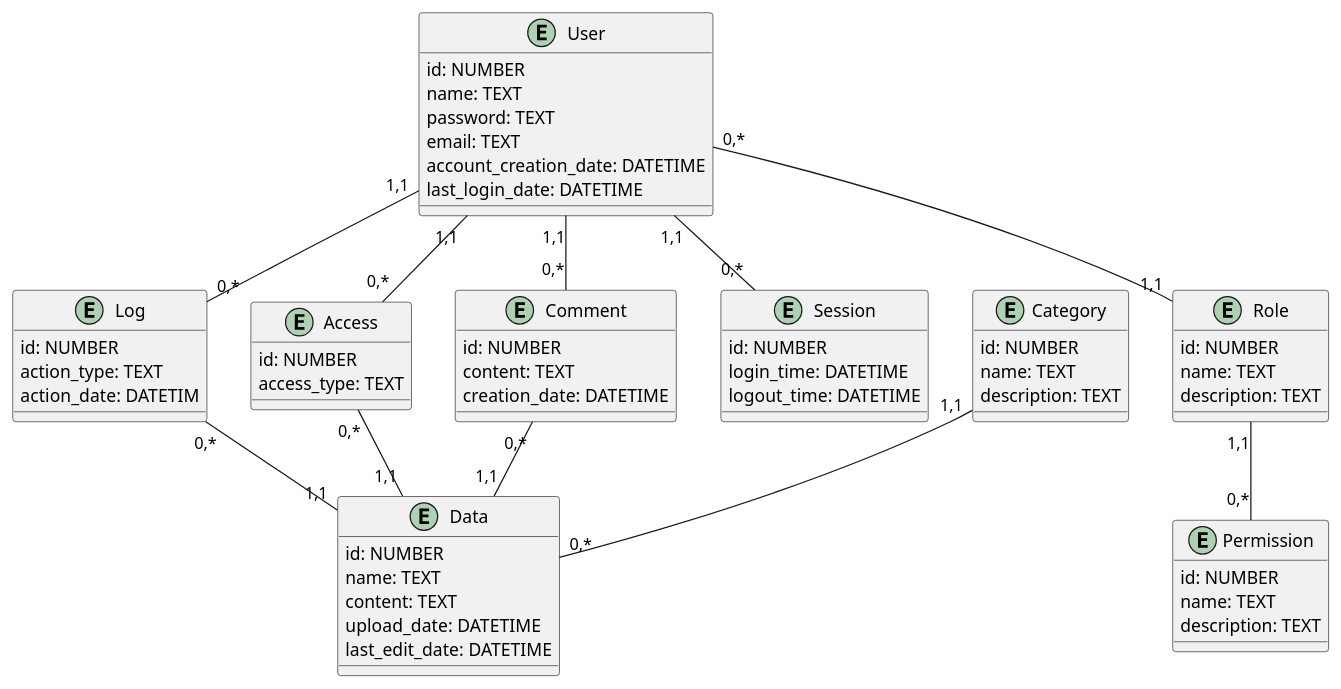
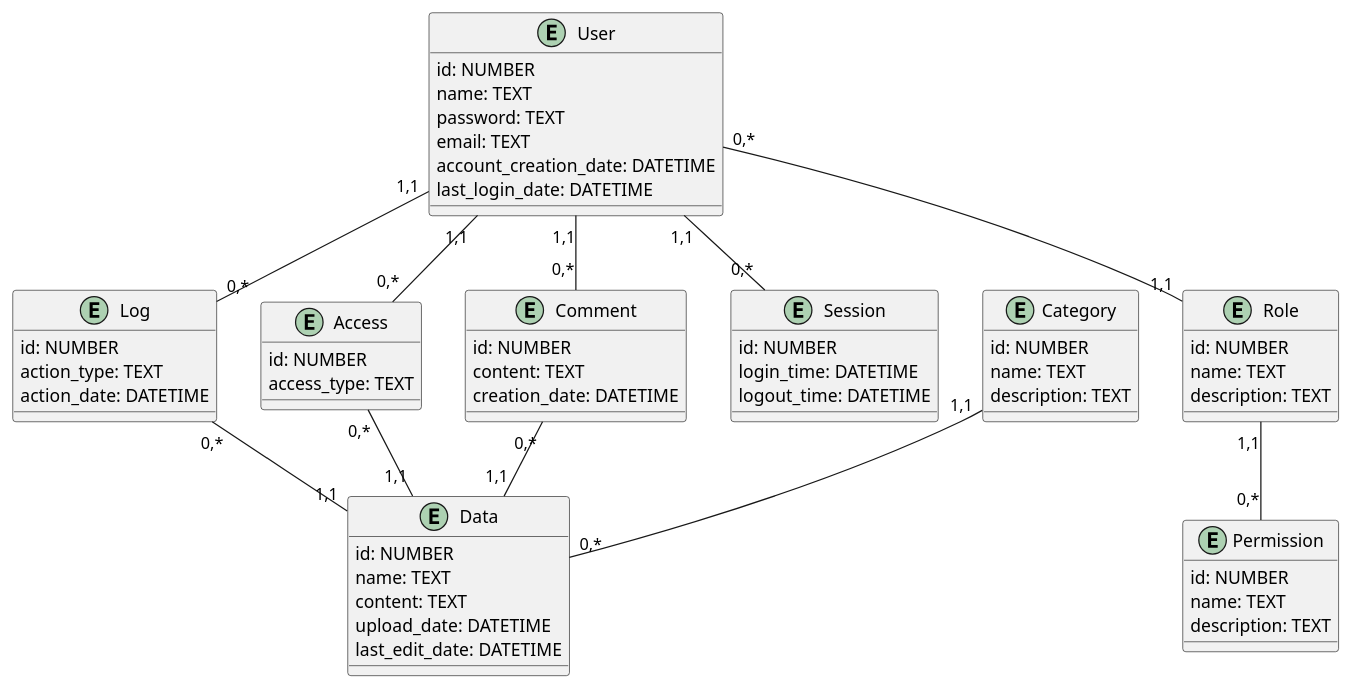
Before and after one commit to watashone/db-labs: the second of 2 diagrams in docs/design/README.md, drawn with PlantUML.

Commit message:
Fixed "DATETIME"

```diff
--- a/docs/design/README.md
+++ b/docs/design/README.md
@@ -125,75 +125,75 @@
 @startuml
 
 entity User  {
   id: NUMBER
   name: TEXT
   password: TEXT
   email: TEXT
   account_creation_date: DATETIME
   last_login_date: DATETIME
 }
 
 entity Session  {
   id: NUMBER
   login_time: DATETIME
   logout_time: DATETIME
 }
 
 entity Role {
     id: NUMBER
     name: TEXT
     description: TEXT
 }
 
 entity Permission {
     id: NUMBER
     name: TEXT
     description: TEXT
 }
 
 entity Comment {
     id: NUMBER
     content: TEXT
     creation_date: DATETIME
 }
 
 entity Data {
     id: NUMBER
     name: TEXT
     content: TEXT
     upload_date: DATETIME
     last_edit_date: DATETIME
 }
 
 entity Category {
     id: NUMBER
     name: TEXT
     description: TEXT
 }
 
 entity Access {
     id: NUMBER
     access_type: TEXT
 }
 
 entity Log {
     id: NUMBER
     action_type: TEXT
-    action_date: DATETIM
+    action_date: DATETIME
 }
   
 
 User "1,1" -- "0,*" Session
 User "0,*" -- "1,1" Role
 User "1,1" -- "0,*" Comment
 User "1,1" -- "0,*" Log
 User "1,1" -- "0,*" Access
 
 Role "1,1" -- "0,*" Permission
 
 Data "1,1" -u- "0,*" Comment
 Data "0,*" -u- "1,1" Category
 Data "1,1" -u- "0,*" Access
 Data "1,1" -u- "0,*" Log
 
 @enduml
```
